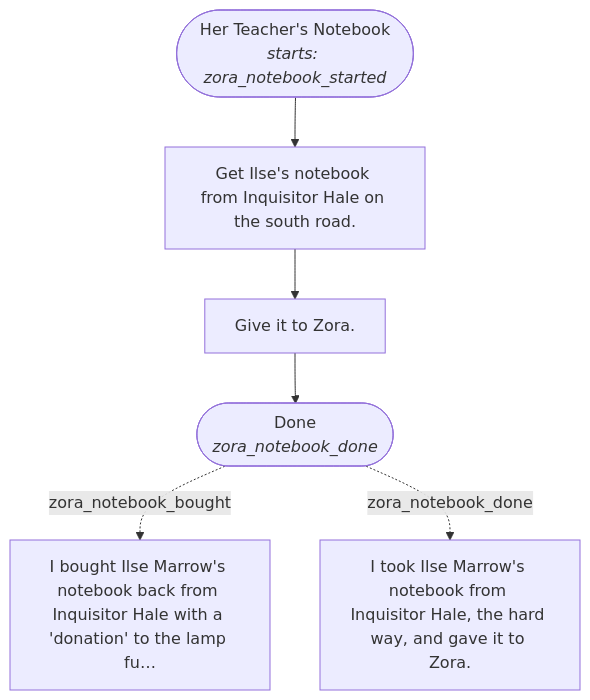
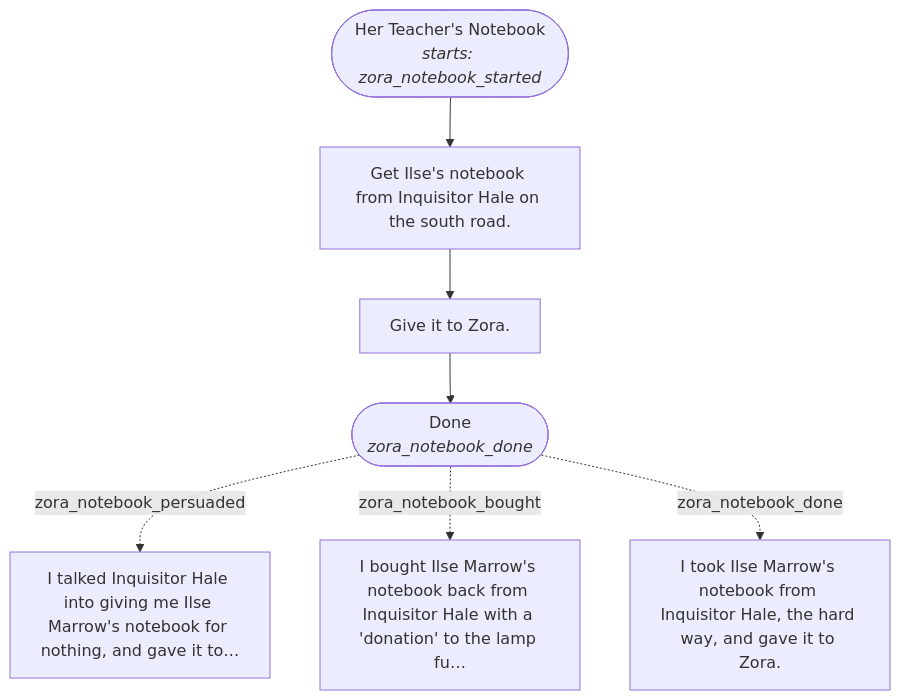
One commit to RCJLabs/Vaelora-godot changed diagram 14 of 14 in docs/QUEST_FLOW.md. Above: the diagram before and after it, drawn with Mermaid. The commit also changed other lines of this file and 23 other files, not shown here.

````diff
--- a/docs/QUEST_FLOW.md
+++ b/docs/QUEST_FLOW.md
@@ -418,14 +418,16 @@
 ```mermaid
 flowchart TD
   start(["Her Teacher's Notebook<br/><i>starts: zora_notebook_started</i>"])
   o0["Get Ilse's notebook from Inquisitor Hale on the south road."]
   start --> o0
   o1["Give it to Zora."]
   o0 --> o1
   done(["Done<br/><i>zora_notebook_done</i>"])
   o1 --> done
-  r0["I bought Ilse Marrow's notebook back from Inquisitor Hale with a 'donation' to the lamp fu…"]
-  done -. "zora_notebook_bought" .-> r0
-  r1["I took Ilse Marrow's notebook from Inquisitor Hale, the hard way, and gave it to Zora."]
-  done -. "zora_notebook_done" .-> r1
+  r0["I talked Inquisitor Hale into giving me Ilse Marrow's notebook for nothing, and gave it to…"]
+  done -. "zora_notebook_persuaded" .-> r0
+  r1["I bought Ilse Marrow's notebook back from Inquisitor Hale with a 'donation' to the lamp fu…"]
+  done -. "zora_notebook_bought" .-> r1
+  r2["I took Ilse Marrow's notebook from Inquisitor Hale, the hard way, and gave it to Zora."]
+  done -. "zora_notebook_done" .-> r2
 ```
````
